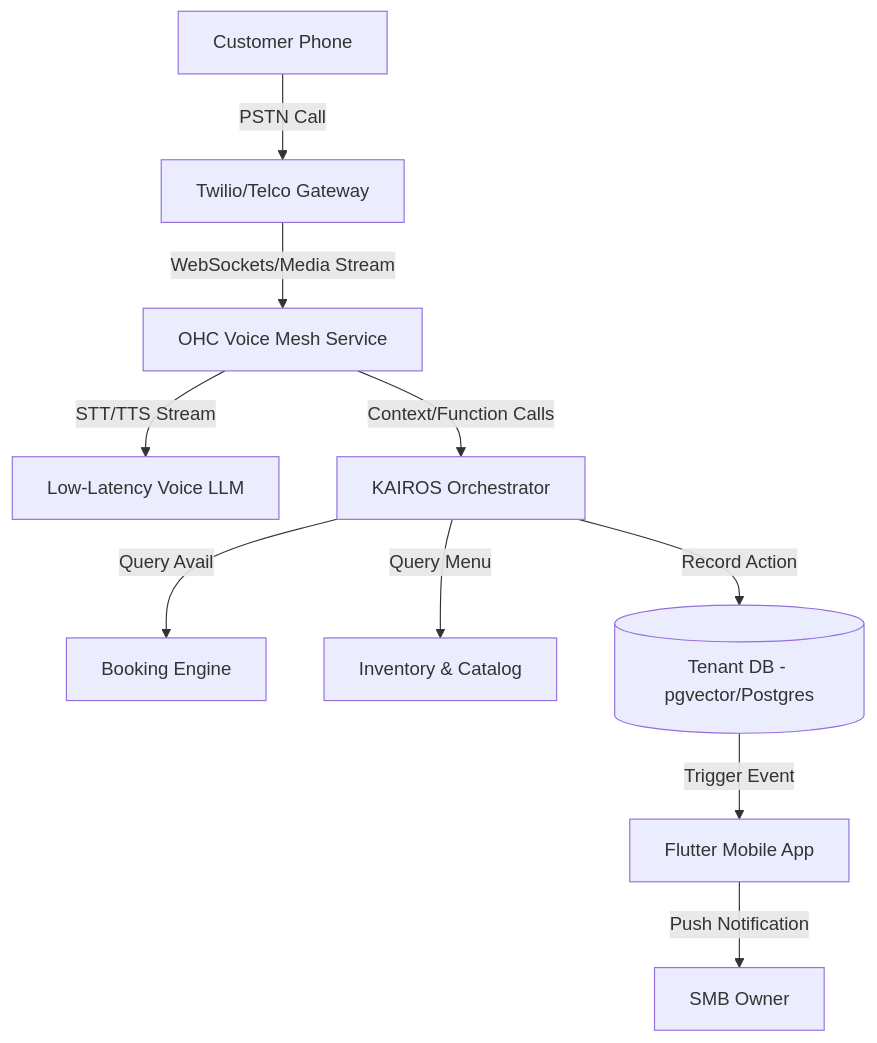
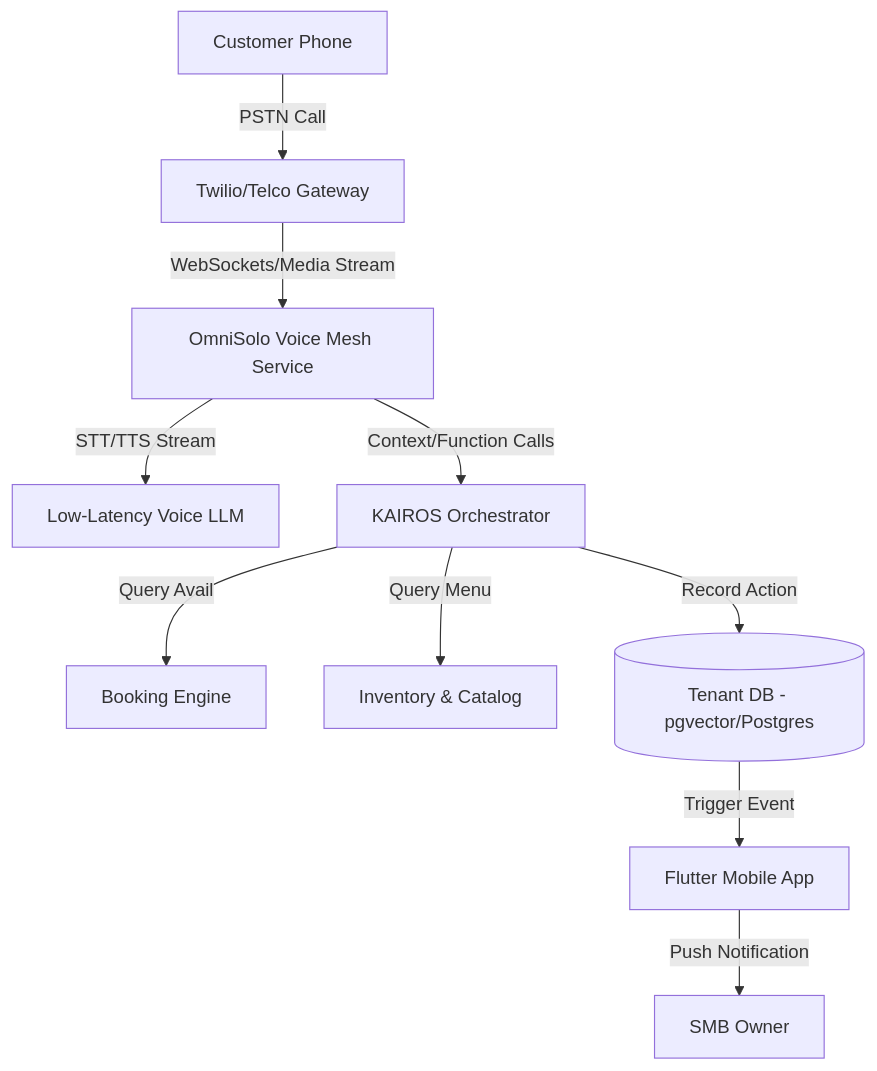
Before and after one commit to omnisolo-llc/onehumancorp: the diagram in docs/research/[architecture]_autonomous_ai_voice_receptionist_and_ordering_engine.md, drawn with Mermaid. The commit also changed other lines of this file and 2191 other files, not shown here.

Commit message:
feat: complete OmniSolo rename and browser audit

````diff
--- a/docs/research/[architecture]_autonomous_ai_voice_receptionist_and_ordering_engine.md
+++ b/docs/research/[architecture]_autonomous_ai_voice_receptionist_and_ordering_engine.md
@@ -23,14 +23,14 @@
 ```mermaid
 graph TD
     Cust[Customer Phone] -->|PSTN Call| Twilio[Twilio/Telco Gateway]
-    Twilio -->|WebSockets/Media Stream| OHC_Voice[OHC Voice Mesh Service]
-    OHC_Voice -->|STT/TTS Stream| Voice_LLM[Low-Latency Voice LLM]
-    OHC_Voice -->|Context/Function Calls| KAIROS[KAIROS Orchestrator]
+    Twilio -->|WebSockets/Media Stream| OMNISOLO_Voice[OmniSolo Voice Mesh Service]
+    OMNISOLO_Voice -->|STT/TTS Stream| Voice_LLM[Low-Latency Voice LLM]
+    OMNISOLO_Voice -->|Context/Function Calls| KAIROS[KAIROS Orchestrator]
 
     KAIROS -->|Query Avail| Booking[Booking Engine]
     KAIROS -->|Query Menu| Inventory[Inventory & Catalog]
     KAIROS -->|Record Action| DB[(Tenant DB - pgvector/Postgres)]
 
     DB -->|Trigger Event| Frontend[Flutter Mobile App]
     Frontend -->|Push Notification| Owner[SMB Owner]
 ```
````
